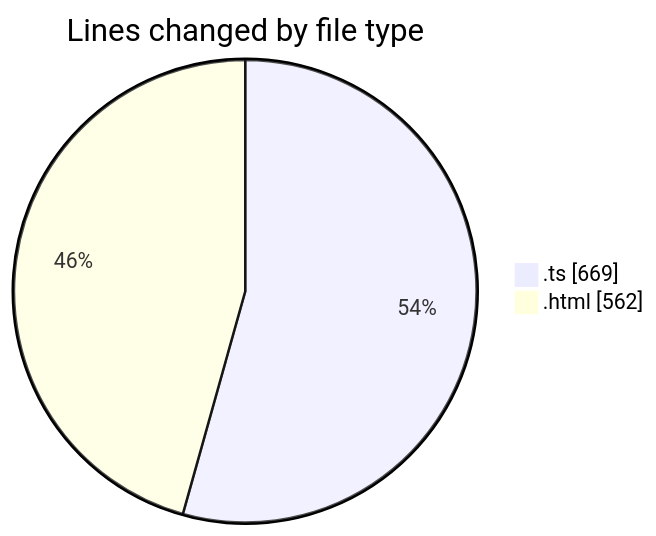
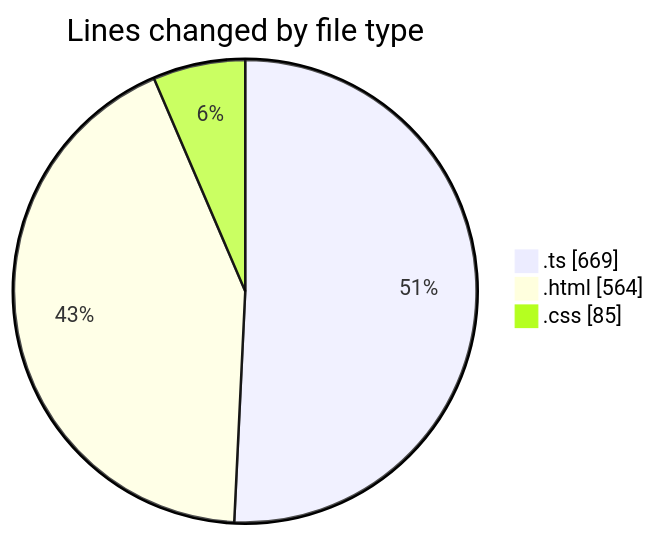
One commit to igalym/code-tracking changed the first of 2 diagrams in 2025-12-29/budget_front_nest/README.md. Above: the diagram before and after it, drawn with Mermaid. The commit also changed other lines of this file and 1 other file, not shown here.

````diff
--- a/2025-12-29/budget_front_nest/README.md
+++ b/2025-12-29/budget_front_nest/README.md
@@ -23,6 +24,7 @@
 ```mermaid
 pie showData
 title Lines changed by file type
 ".ts" : 669
-".html" : 562
+".html" : 564
+".css" : 85
 ```
````
